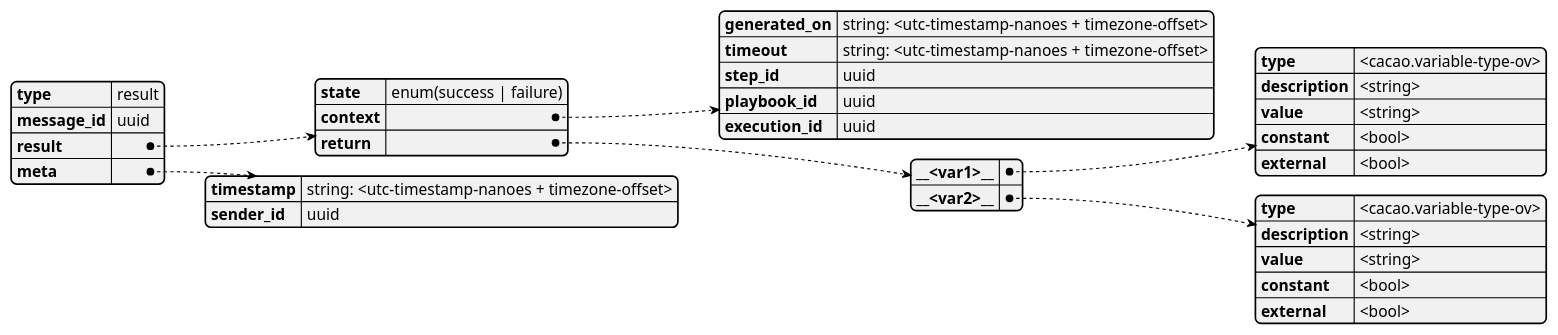
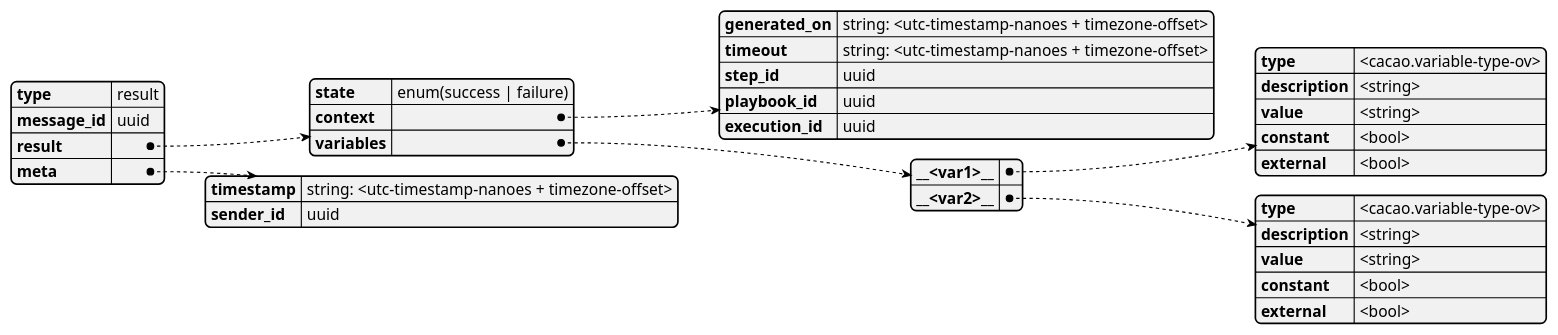
One commit to COSSAS/SOARCA changed the sixth of 19 diagrams in doc/fin-protocol.md. Above: the diagram before and after it, drawn with PlantUML. The commit also changed other lines of this file and 15 other files, not shown here.

````diff
--- a/doc/fin-protocol.md
+++ b/doc/fin-protocol.md
@@ -273,38 +270,38 @@
 ```plantuml
 @startjson
 {   
     "type": "result",
     "message_id": "uuid",
     "result": {
         "state": "enum(success | failure)",
         "context": {
             "generated_on": "string: <utc-timestamp-nanoes + timezone-offset>",
             "timeout": "string: <utc-timestamp-nanoes + timezone-offset>",
             "step_id": "uuid",
             "playbook_id": "uuid",
             "execution_id": "uuid"
         },
-        "return": {
+        "variables": {
             "__<var1>__": {
                 "type": "<cacao.variable-type-ov>",
                 "description": "<string>",
                 "value": "<string>",
                 "constant": "<bool>",
                 "external": "<bool>"
             },
             "__<var2>__": {
                 "type": "<cacao.variable-type-ov>",
                 "description": "<string>",
                 "value": "<string>",
                 "constant": "<bool>",
                 "external": "<bool>"
             }
         }
     },
     "meta": {
         "timestamp": "string: <utc-timestamp-nanoes + timezone-offset>",
         "sender_id": "uuid"
     }
 }
 @endjson
 ```
````
